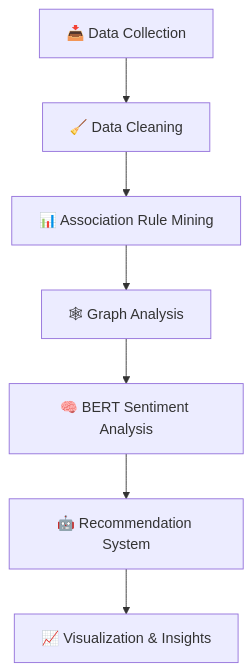
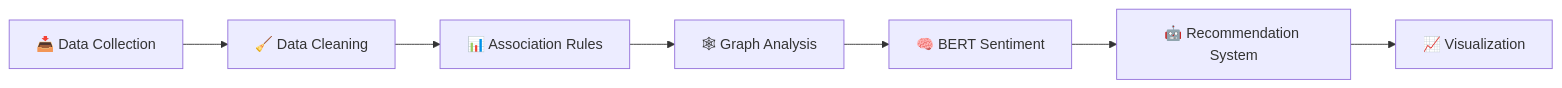
The diagram in README.md (omnyaayman/Food-Delivery-Pattern-Analysis), drawn with Mermaid before and after one commit. The commit also changed other lines of this file, not shown here.

````diff
--- a/README.md
+++ b/README.md
@@ -180,10 +180,10 @@
 ```mermaid
-graph TD;
+flowchart LR
 
 A[📥 Data Collection] --> B[🧹 Data Cleaning]
-B --> C[📊 Association Rule Mining]
+B --> C[📊 Association Rules]
 C --> D[🕸 Graph Analysis]
-D --> E[🧠 BERT Sentiment Analysis]
+D --> E[🧠 BERT Sentiment]
 E --> F[🤖 Recommendation System]
-F --> G[📈 Visualization & Insights]
+F --> G[📈 Visualization]
 ```
````
